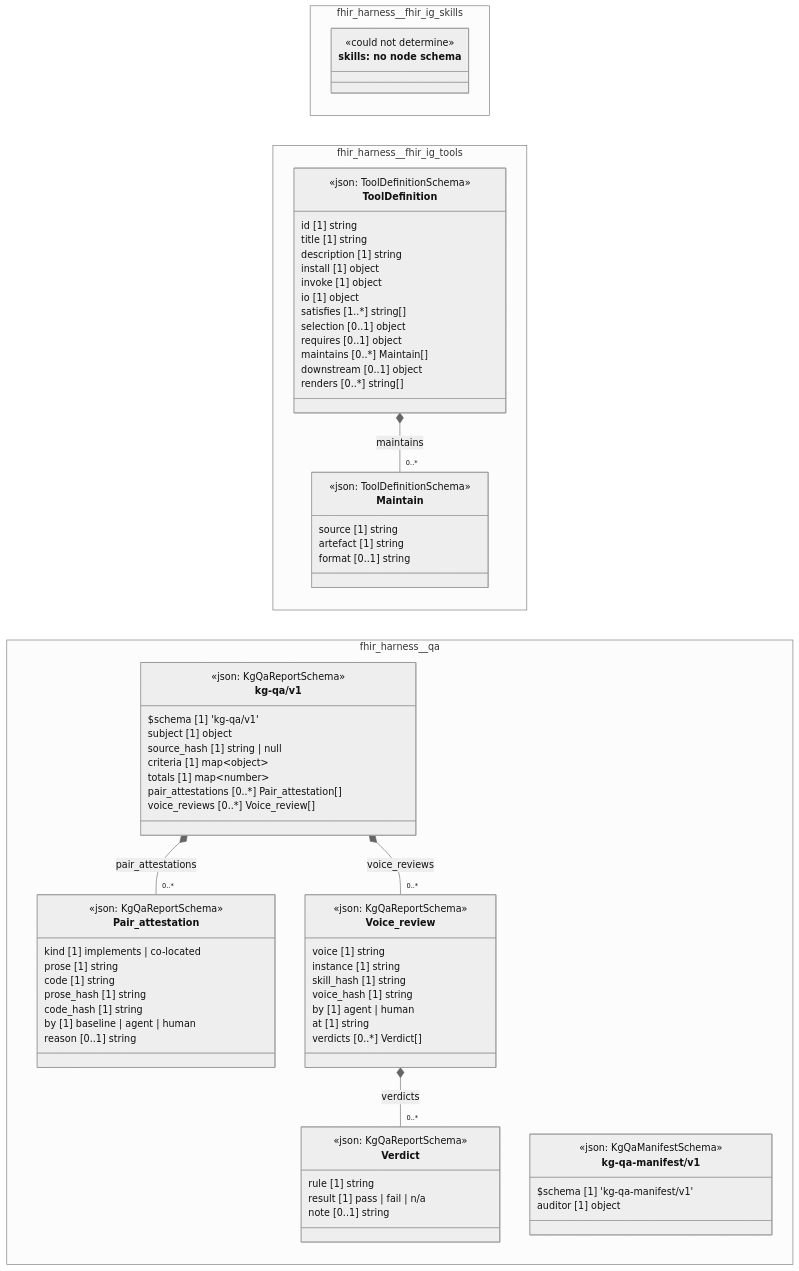
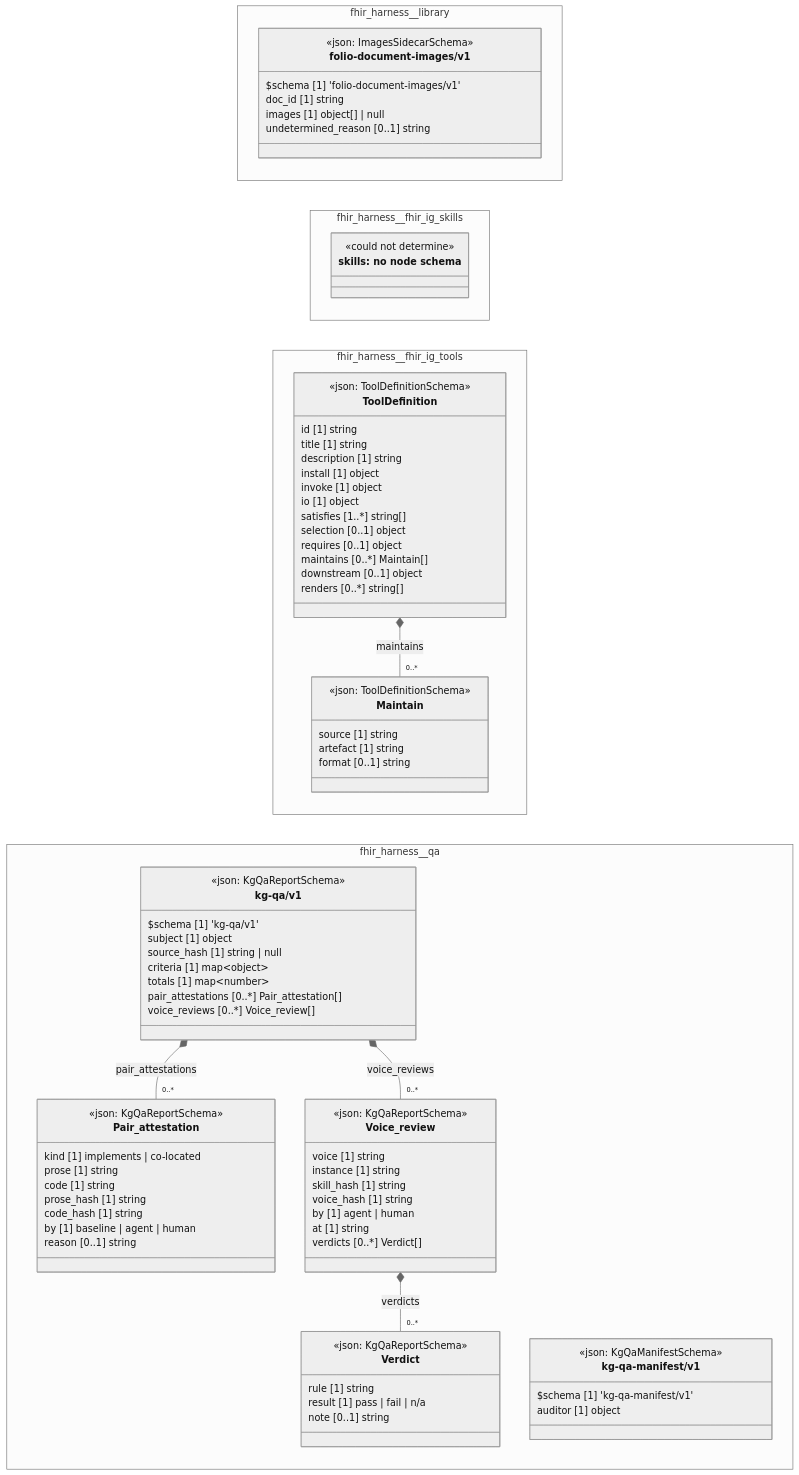
One commit to litlfred/folio-assistant changed the diagram in cat-harness/uml/overview/fhir-harness.mmd. Above: the diagram before and after it, drawn with Mermaid (neutral theme). The commit also changed 34 other files, not shown here.

```diff
--- a/cat-harness/uml/overview/fhir-harness.mmd
+++ b/cat-harness/uml/overview/fhir-harness.mmd
@@ -1,86 +1,96 @@
 classDiagram
   direction LR
+  namespace fhir_harness__library {
+    class fhir_harness_library_folio_document_images_v1_folio_document_images_v1["folio-document-images/v1"] {
+      <<json: ImagesSidecarSchema>>
+      $schema [1] 'folio-document-images/v1'
+      doc_id [1] string
+      images [1] object[] | null
+      undetermined_reason [0..1] string
+    }
+  }
   namespace fhir_harness__fhir_ig_skills {
     class n_fhir_harness_fhir_ig_skills_skills["skills: no node schema"] {
       <<could not determine>>
     }
   }
   namespace fhir_harness__fhir_ig_tools {
     class fhir_harness_fhir_ig_tools_Maintain["Maintain"] {
       <<json: ToolDefinitionSchema>>
       source [1] string
       artefact [1] string
       format [0..1] string
     }
     class fhir_harness_fhir_ig_tools_ToolDefinition["ToolDefinition"] {
       <<json: ToolDefinitionSchema>>
       id [1] string
       title [1] string
       description [1] string
       install [1] object
       invoke [1] object
       io [1] object
       satisfies [1..*] string[]
       selection [0..1] object
       requires [0..1] object
       maintains [0..*] Maintain[]
       downstream [0..1] object
       renders [0..*] string[]
     }
   }
   namespace fhir_harness__qa {
     class fhir_harness_qa_kg_qa_v1_Pair_attestation["Pair_attestation"] {
       <<json: KgQaReportSchema>>
       kind [1] implements | co-located
       prose [1] string
       code [1] string
       prose_hash [1] string
       code_hash [1] string
       by [1] baseline | agent | human
       reason [0..1] string
     }
     class fhir_harness_qa_kg_qa_v1_Verdict["Verdict"] {
       <<json: KgQaReportSchema>>
       rule [1] string
       result [1] pass | fail | n/a
       note [0..1] string
     }
     class fhir_harness_qa_kg_qa_v1_Voice_review["Voice_review"] {
       <<json: KgQaReportSchema>>
       voice [1] string
       instance [1] string
       skill_hash [1] string
       voice_hash [1] string
       by [1] agent | human
       at [1] string
       verdicts [0..*] Verdict[]
     }
     class fhir_harness_qa_kg_qa_v1_kg_qa_v1["kg-qa/v1"] {
       <<json: KgQaReportSchema>>
       $schema [1] 'kg-qa/v1'
       subject [1] object
       source_hash [1] string | null
       criteria [1] map~object~
       totals [1] map~number~
       pair_attestations [0..*] Pair_attestation[]
       voice_reviews [0..*] Voice_review[]
     }
     class fhir_harness_qa_kg_qa_manifest_v1_kg_qa_manifest_v1["kg-qa-manifest/v1"] {
       <<json: KgQaManifestSchema>>
       $schema [1] 'kg-qa-manifest/v1'
       auditor [1] object
     }
   }
+  cssClass "fhir_harness_library_folio_document_images_v1_folio_document_images_v1" fa_uml_kind_library
   cssClass "n_fhir_harness_fhir_ig_skills_skills" fa_uml_kind_skills
   cssClass "n_fhir_harness_fhir_ig_skills_skills" fa_uml_undetermined
   fhir_harness_fhir_ig_tools_ToolDefinition *-- "0..*" fhir_harness_fhir_ig_tools_Maintain : maintains
   cssClass "fhir_harness_fhir_ig_tools_Maintain" fa_uml_kind_tools
   cssClass "fhir_harness_fhir_ig_tools_ToolDefinition" fa_uml_kind_tools
   fhir_harness_qa_kg_qa_v1_kg_qa_v1 *-- "0..*" fhir_harness_qa_kg_qa_v1_Pair_attestation : pair_attestations
   fhir_harness_qa_kg_qa_v1_Voice_review *-- "0..*" fhir_harness_qa_kg_qa_v1_Verdict : verdicts
   fhir_harness_qa_kg_qa_v1_kg_qa_v1 *-- "0..*" fhir_harness_qa_kg_qa_v1_Voice_review : voice_reviews
   cssClass "fhir_harness_qa_kg_qa_v1_Pair_attestation" fa_uml_kind_qa
   cssClass "fhir_harness_qa_kg_qa_v1_Verdict" fa_uml_kind_qa
   cssClass "fhir_harness_qa_kg_qa_v1_Voice_review" fa_uml_kind_qa
   cssClass "fhir_harness_qa_kg_qa_v1_kg_qa_v1" fa_uml_kind_qa
   cssClass "fhir_harness_qa_kg_qa_manifest_v1_kg_qa_manifest_v1" fa_uml_kind_qa
```
